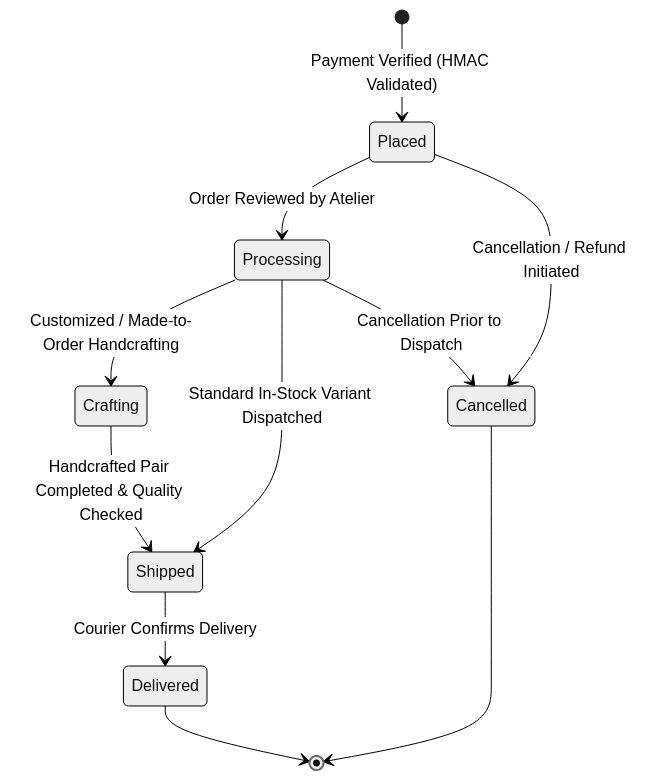
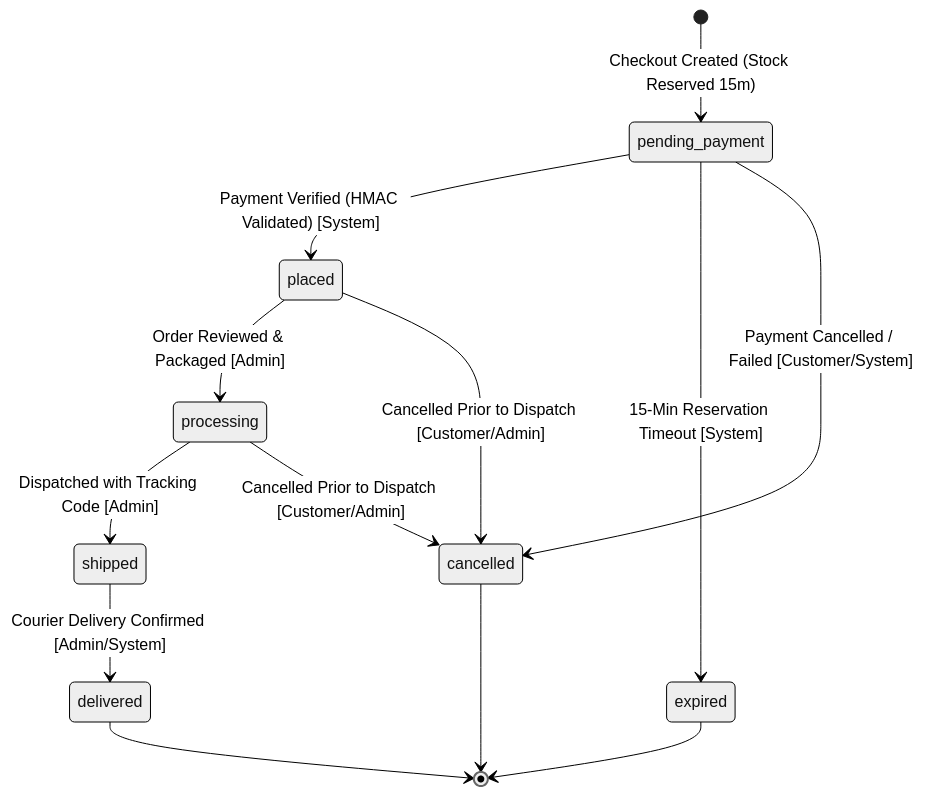
One commit to AshishCodes-dev/aurevella-luxury-footwear changed the first of 2 diagrams in docs/DATABASE_SCHEMA.md. Above: the diagram before and after it, drawn with Mermaid (neutral theme). The commit also changed other lines of this file and 4 other files, not shown here.

````diff
--- a/docs/DATABASE_SCHEMA.md
+++ b/docs/DATABASE_SCHEMA.md
@@ -243,13 +300,15 @@
 ```mermaid
 stateDiagram-v2
-    [*] --> Placed: Payment Verified (HMAC Validated)
-    Placed --> Processing: Order Reviewed by Atelier
-    Processing --> Crafting: Customized / Made-to-Order Handcrafting
-    Processing --> Shipped: Standard In-Stock Variant Dispatched
-    Crafting --> Shipped: Handcrafted Pair Completed & Quality Checked
-    Shipped --> Delivered: Courier Confirms Delivery
-    Placed --> Cancelled: Cancellation / Refund Initiated
-    Processing --> Cancelled: Cancellation Prior to Dispatch
-    Delivered --> [*]
-    Cancelled --> [*]
+    [*] --> pending_payment: Checkout Created (Stock Reserved 15m)
+    pending_payment --> placed: Payment Verified (HMAC Validated) [System]
+    pending_payment --> expired: 15-Min Reservation Timeout [System]
+    pending_payment --> cancelled: Payment Cancelled / Failed [Customer/System]
+    placed --> processing: Order Reviewed & Packaged [Admin]
+    processing --> shipped: Dispatched with Tracking Code [Admin]
+    shipped --> delivered: Courier Delivery Confirmed [Admin/System]
+    placed --> cancelled: Cancelled Prior to Dispatch [Customer/Admin]
+    processing --> cancelled: Cancelled Prior to Dispatch [Customer/Admin]
+    delivered --> [*]
+    cancelled --> [*]
+    expired --> [*]
 ```
````
